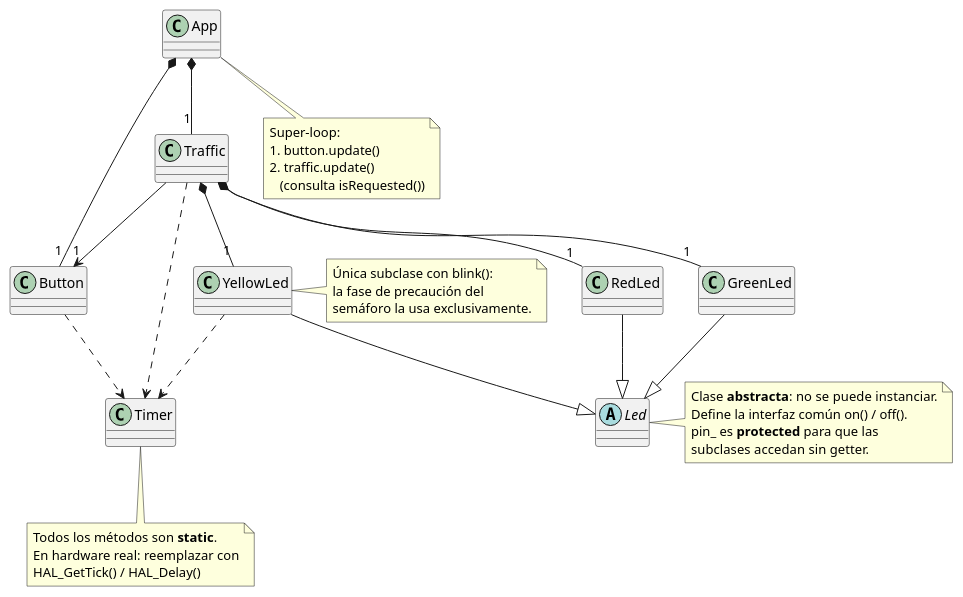
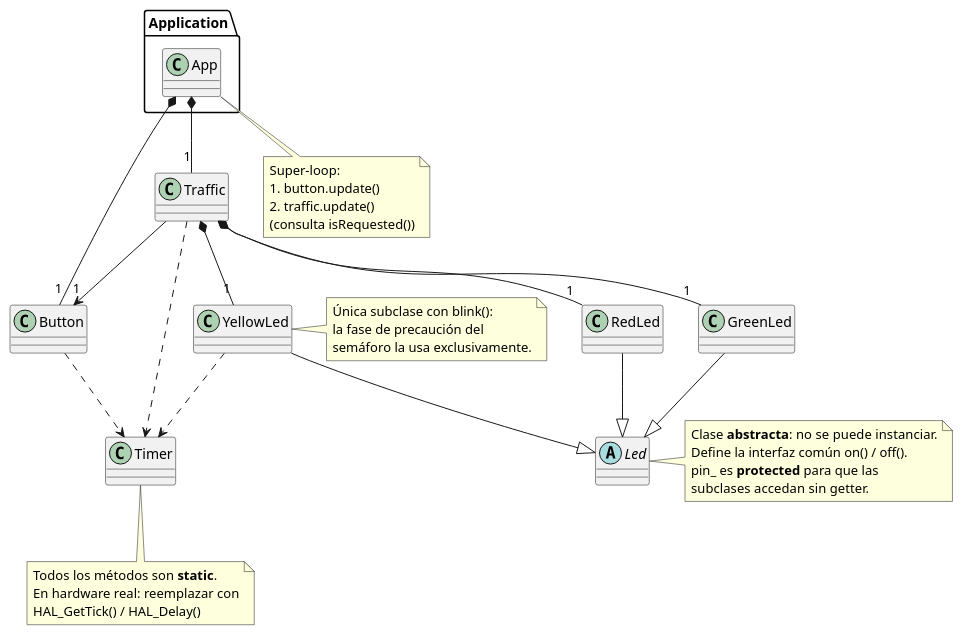
One commit to pslavkin/isse_cese changed the sixth of 7 diagrams in semaphore/uml/semaphore.puml. Above: the diagram before and after it, drawn with PlantUML. The commit also changed other lines of this file and 8 other files, not shown here.

Commit message:
add some flowchart and FSM examples

```diff
--- a/semaphore/uml/semaphore.puml
+++ b/semaphore/uml/semaphore.puml
@@ -271,48 +271,58 @@
 @startuml semaphore6
 
 abstract class Led
 class RedLed
 class YellowLed
 class GreenLed
 class Button
 class Traffic
 class Timer
+
+package "Application" {
 class App
+}
+
+note as LoopNote
+   Super-loop: 
+   1. button.update()
+   2. traffic.update()
+   (consulta isRequested())
+end note
+
+App .. LoopNote
 
 RedLed    --|> Led
 YellowLed --|> Led
 GreenLed  --|> Led
 
 Traffic *-- "1" RedLed
 Traffic *-- "1" YellowLed
 Traffic *-- "1" GreenLed
 App     *-- "1" Button
 App     *-- "1" Traffic
 Traffic --> "1" Button
 Button    ..> Timer
 Traffic   ..> Timer
 YellowLed ..> Timer
 
 note right of Led
   Clase **abstracta**: no se puede instanciar.
   Define la interfaz común on() / off().
   pin_ es **protected** para que las
   subclases accedan sin getter.
 end note
 
 note right of YellowLed
   Única subclase con blink():
   la fase de precaución del
   semáforo la usa exclusivamente.
 end note
 
 note bottom of Timer
   Todos los métodos son **static**.
   En hardware real: reemplazar con
   HAL_GetTick() / HAL_Delay()
 end note
 
-note "Super-loop:\n1. button.update()\n2. traffic.update()\n   (consulta isRequested())" as LoopNote
-App .. LoopNote
 
 @enduml
```
